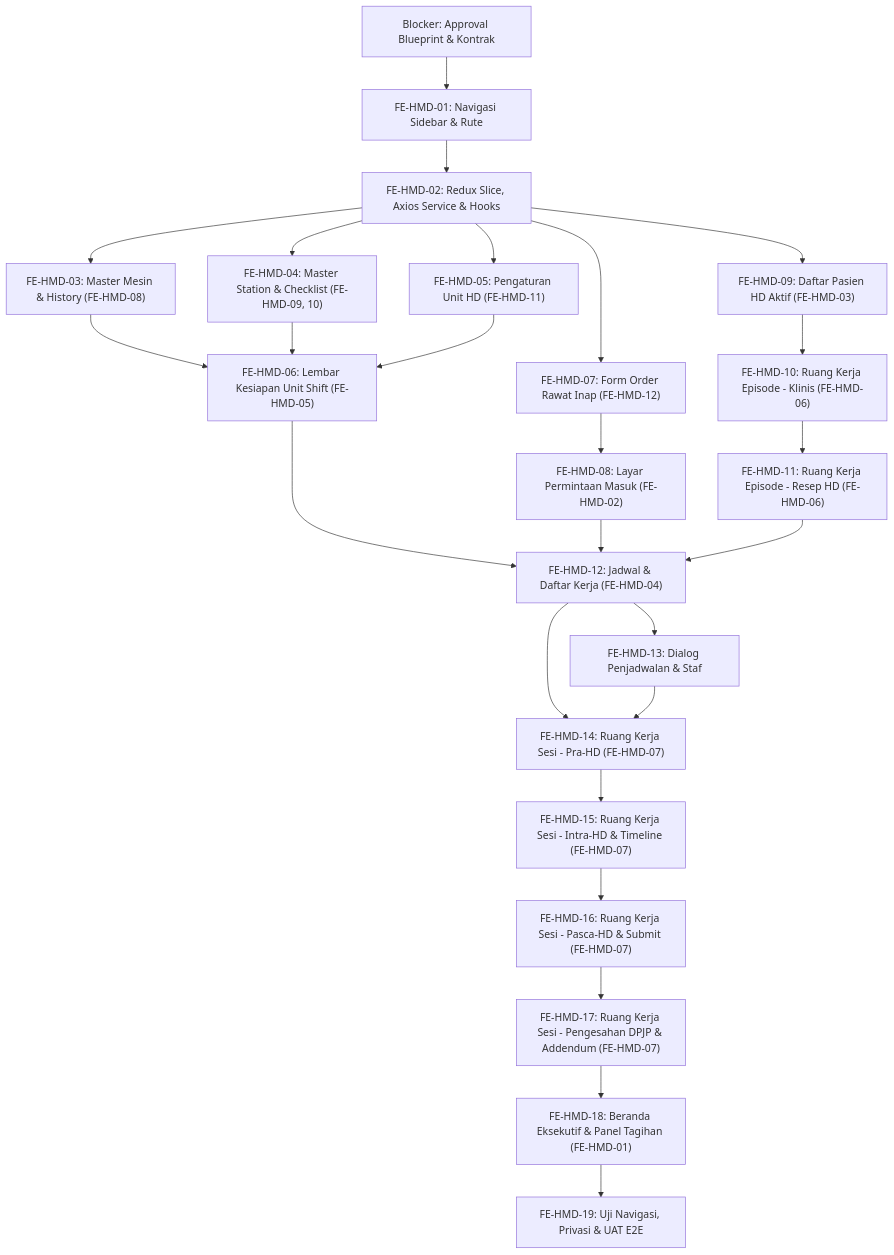
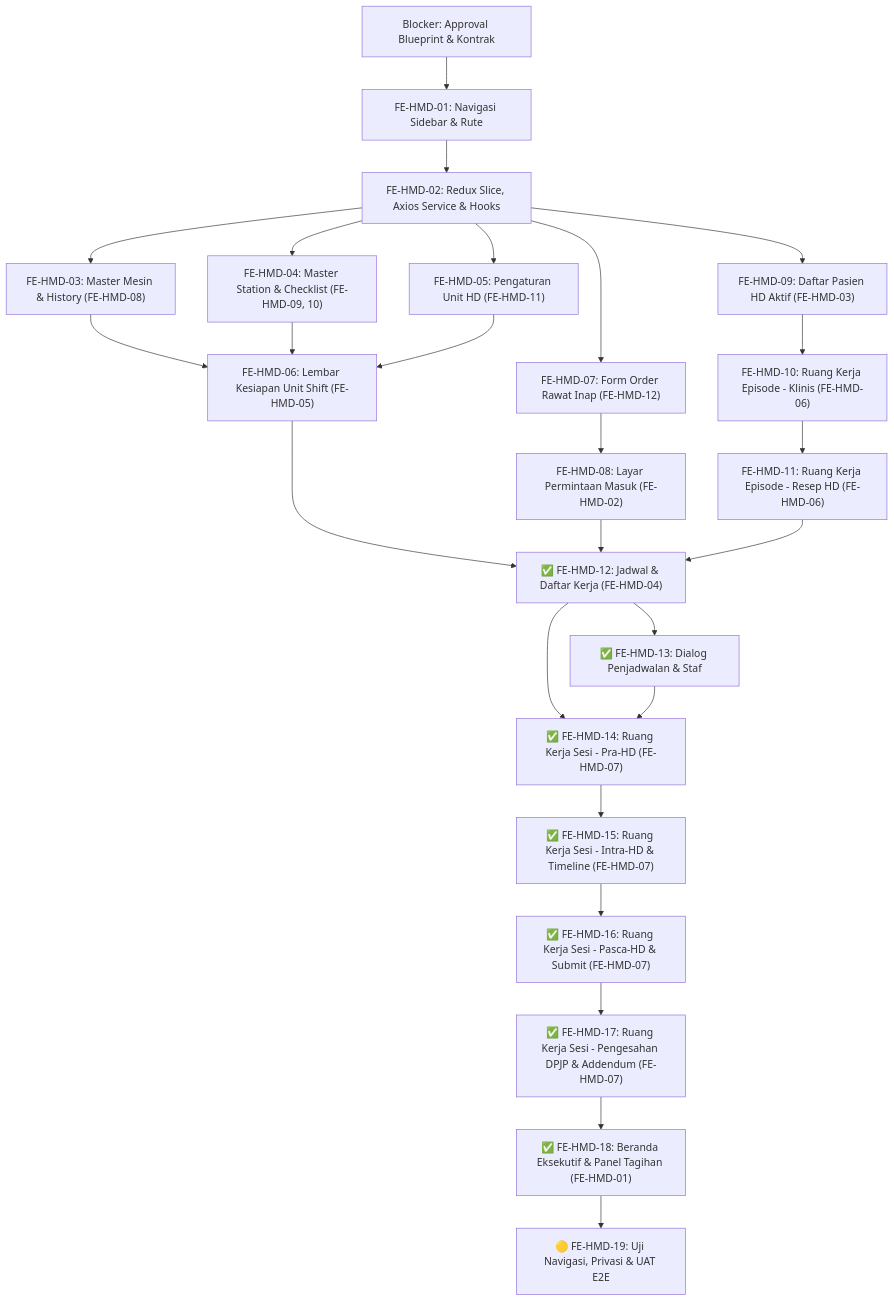
Before and after one commit to DevBenari/NewQuilvianSystemBackend: the diagram in docs/module-blueprints/hemodialisa/roadmap/frontend-roadmap.md, drawn with Mermaid. The commit also changed other lines of this file and 32 other files, not shown here.

````diff
--- a/docs/module-blueprints/hemodialisa/roadmap/frontend-roadmap.md
+++ b/docs/module-blueprints/hemodialisa/roadmap/frontend-roadmap.md
@@ -541,28 +549,28 @@
 ```mermaid
 flowchart TD
     APP["Blocker: Approval Blueprint & Kontrak"] --> FE01["FE-HMD-01: Navigasi Sidebar & Rute"]
     FE01 --> FE02["FE-HMD-02: Redux Slice, Axios Service & Hooks"]
 
     FE02 --> FE03["FE-HMD-03: Master Mesin & History (FE-HMD-08)"]
     FE02 --> FE04["FE-HMD-04: Master Station & Checklist (FE-HMD-09, 10)"]
     FE02 --> FE05["FE-HMD-05: Pengaturan Unit HD (FE-HMD-11)"]
     FE03 & FE04 & FE05 --> FE06["FE-HMD-06: Lembar Kesiapan Unit Shift (FE-HMD-05)"]
 
     FE02 --> FE07["FE-HMD-07: Form Order Rawat Inap (FE-HMD-12)"]
     FE07 --> FE08["FE-HMD-08: Layar Permintaan Masuk (FE-HMD-02)"]
     FE02 --> FE09["FE-HMD-09: Daftar Pasien HD Aktif (FE-HMD-03)"]
 
     FE09 --> FE10["FE-HMD-10: Ruang Kerja Episode - Klinis (FE-HMD-06)"]
     FE10 --> FE11["FE-HMD-11: Ruang Kerja Episode - Resep HD (FE-HMD-06)"]
 
-    FE06 & FE08 & FE11 --> FE12["FE-HMD-12: Jadwal & Daftar Kerja (FE-HMD-04)"]
-    FE12 --> FE13["FE-HMD-13: Dialog Penjadwalan & Staf"]
+    FE06 & FE08 & FE11 --> FE12["✅ FE-HMD-12: Jadwal & Daftar Kerja (FE-HMD-04)"]
+    FE12 --> FE13["✅ FE-HMD-13: Dialog Penjadwalan & Staf"]
 
-    FE12 & FE13 --> FE14["FE-HMD-14: Ruang Kerja Sesi - Pra-HD (FE-HMD-07)"]
-    FE14 --> FE15["FE-HMD-15: Ruang Kerja Sesi - Intra-HD & Timeline (FE-HMD-07)"]
-    FE15 --> FE16["FE-HMD-16: Ruang Kerja Sesi - Pasca-HD & Submit (FE-HMD-07)"]
-    FE16 --> FE17["FE-HMD-17: Ruang Kerja Sesi - Pengesahan DPJP & Addendum (FE-HMD-07)"]
+    FE12 & FE13 --> FE14["✅ FE-HMD-14: Ruang Kerja Sesi - Pra-HD (FE-HMD-07)"]
+    FE14 --> FE15["✅ FE-HMD-15: Ruang Kerja Sesi - Intra-HD & Timeline (FE-HMD-07)"]
+    FE15 --> FE16["✅ FE-HMD-16: Ruang Kerja Sesi - Pasca-HD & Submit (FE-HMD-07)"]
+    FE16 --> FE17["✅ FE-HMD-17: Ruang Kerja Sesi - Pengesahan DPJP & Addendum (FE-HMD-07)"]
 
-    FE17 --> FE18["FE-HMD-18: Beranda Eksekutif & Panel Tagihan (FE-HMD-01)"]
-    FE18 --> FE19["FE-HMD-19: Uji Navigasi, Privasi & UAT E2E"]
+    FE17 --> FE18["✅ FE-HMD-18: Beranda Eksekutif & Panel Tagihan (FE-HMD-01)"]
+    FE18 --> FE19["🟡 FE-HMD-19: Uji Navigasi, Privasi & UAT E2E"]
 ```
````
